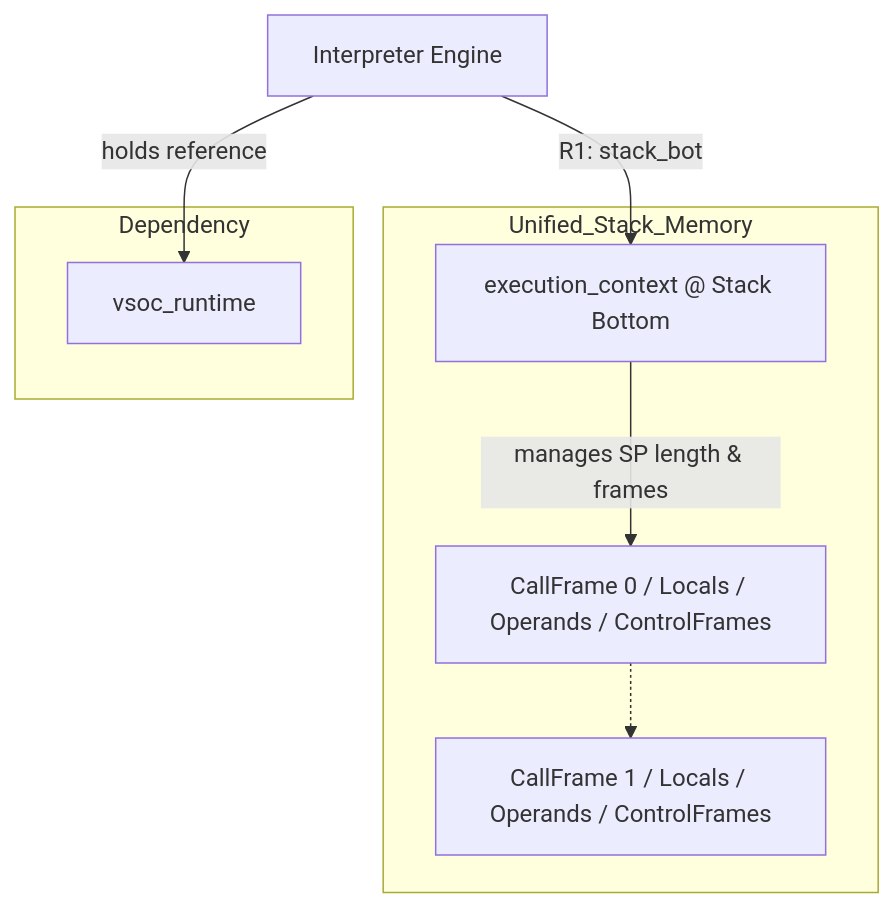
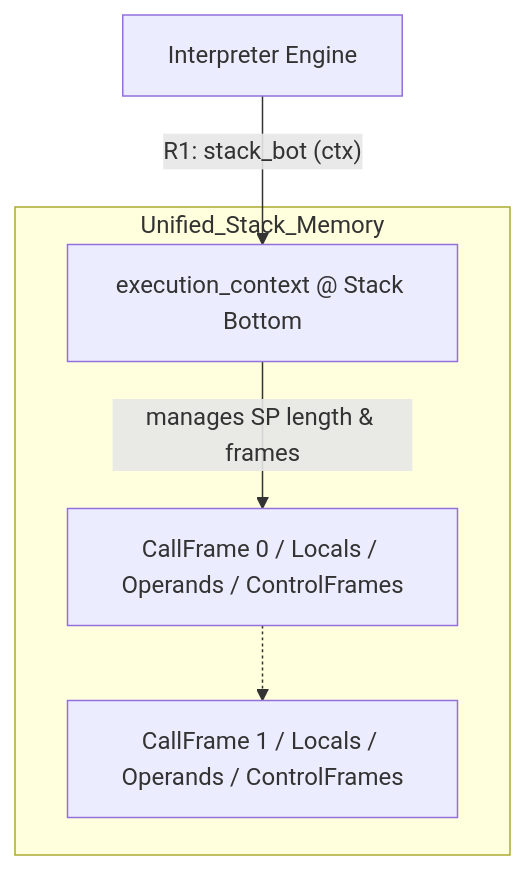
One commit to kmt-t/fireball changed the first of 3 diagrams in docs/components/tier2_runtime/runtime_interpreter.md. Above: the diagram before and after it, drawn with Mermaid. The commit also changed other lines of this file and 16 other files, not shown here.

Commit message:
feat(runtime,jit): integrate vsoc_runtime into execution_context and reassign CPS arg4 to tos (R3)

````diff
--- a/docs/components/tier2_runtime/runtime_interpreter.md
+++ b/docs/components/tier2_runtime/runtime_interpreter.md
@@ -26,17 +26,12 @@
 ```mermaid
 graph TD
     subgraph Unified_Stack_Memory
         Bot[execution_context @ Stack Bottom]
         Frame0[CallFrame 0 / Locals / Operands / ControlFrames]
         Frame1[CallFrame 1 / Locals / Operands / ControlFrames]
     end
 
-    subgraph Dependency
-        Env[vsoc_runtime]
-    end
-
-    Engine[Interpreter Engine] -- R1: stack_bot --> Bot
-    Engine -- holds reference --> Env
+    Engine[Interpreter Engine] -- R1: stack_bot (ctx) --> Bot
     Bot -- manages SP length & frames --> Frame0
     Frame0 -.-> Frame1
 ```
````
